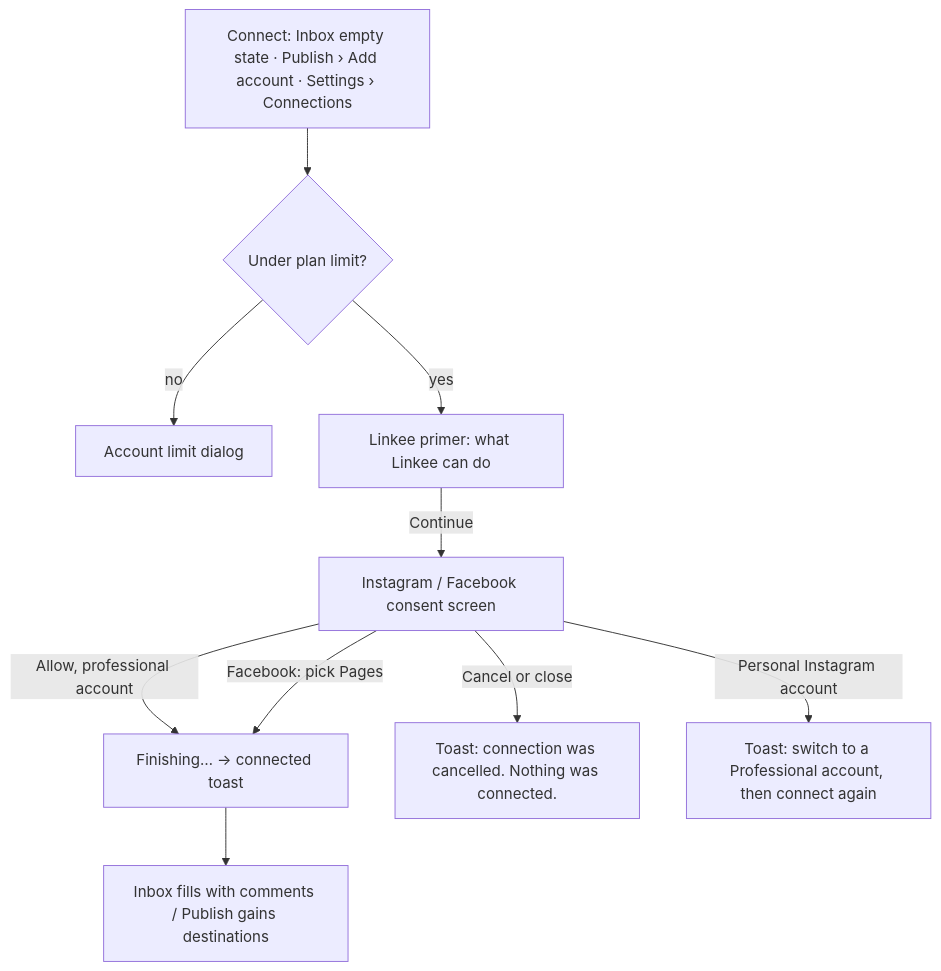
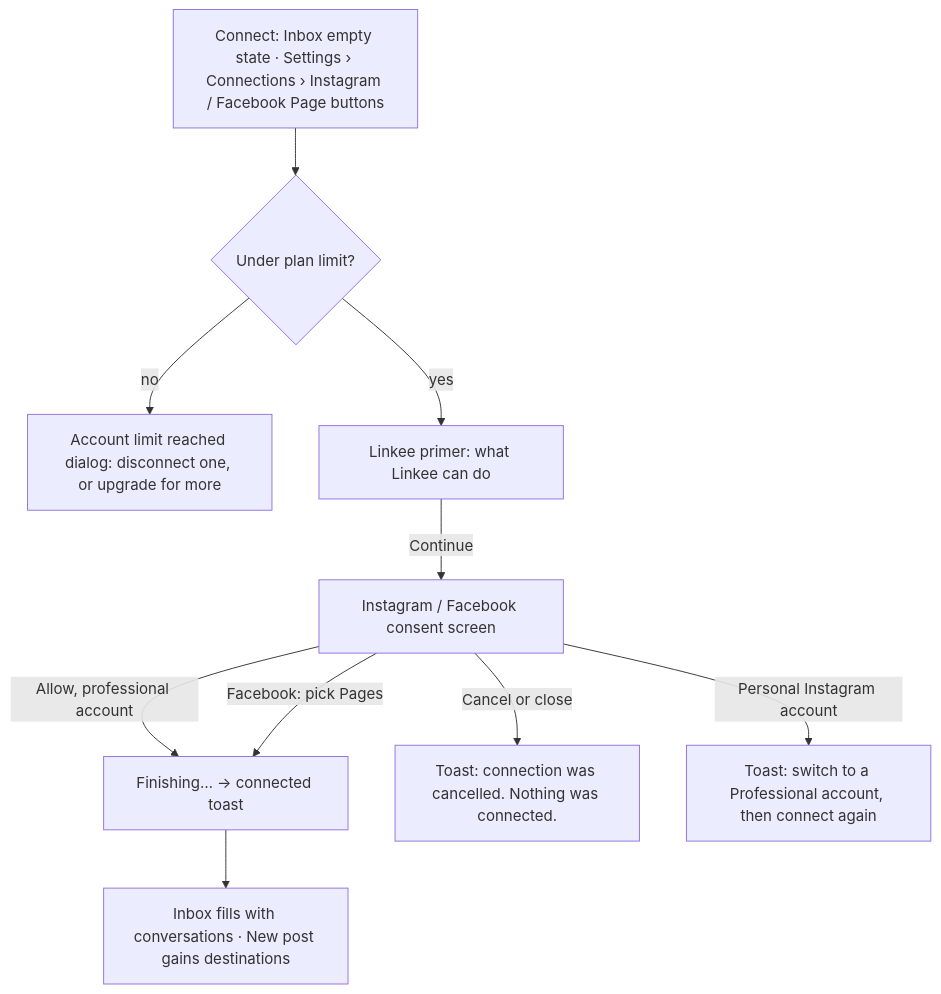
The tenth of 11 diagrams in ux_preview/product-flow.md (NguyenDuy1910/linkee), drawn with Mermaid before and after one commit. The commit also changed other lines of this file and 17 other files, not shown here.

````diff
--- a/ux_preview/product-flow.md
+++ b/ux_preview/product-flow.md
@@ -132,12 +212,12 @@
 ```mermaid
 flowchart TD
-  S[Connect: Inbox empty state · Publish › Add account · Settings › Connections] --> LIM{Under plan limit?}
-  LIM -- no --> LD[Account limit dialog]
+  S[Connect: Inbox empty state · Settings › Connections › Instagram / Facebook Page buttons] --> LIM{Under plan limit?}
+  LIM -- no --> LD[Account limit reached dialog: disconnect one, or upgrade for more]
   LIM -- yes --> P[Linkee primer: what Linkee can do]
   P -->|Continue| C[Instagram / Facebook consent screen]
   C -->|Allow, professional account| F[Finishing… → connected toast]
   C -->|Facebook: pick Pages| F
   C -->|Cancel or close| X["Toast: connection was cancelled. Nothing was connected."]
   C -->|Personal Instagram account| E[Toast: switch to a Professional account, then connect again]
-  F --> I[Inbox fills with comments / Publish gains destinations]
+  F --> I[Inbox fills with conversations · New post gains destinations]
 ```
````
